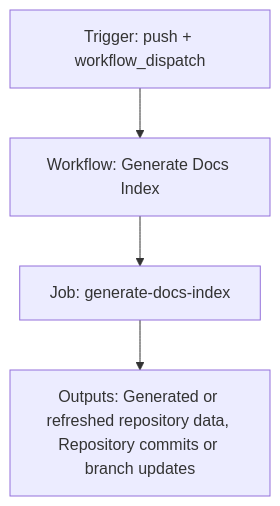
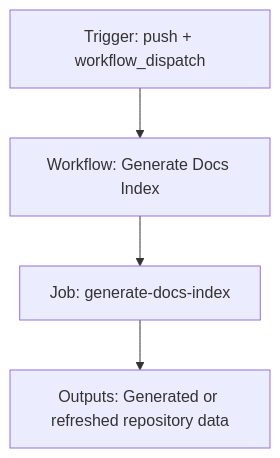
One commit to its-DeFine/docs changed the diagram in ai-tools/registry/workflows/generate-docs-index.mdx. Above: the diagram before and after it, drawn with Mermaid. The commit also changed other lines of this file and 74 other files, not shown here.

````diff
--- a/ai-tools/registry/workflows/generate-docs-index.mdx
+++ b/ai-tools/registry/workflows/generate-docs-index.mdx
@@ -96,10 +86,10 @@
 ```mermaid
 flowchart TD
   trigger["Trigger: push + workflow_dispatch"]
   workflow["Workflow: Generate Docs Index"]
   trigger --> workflow
   job1["Job: generate-docs-index"]
   workflow --> job1
-  outputs["Outputs: Generated or refreshed repository data, Repository commits or branch updates"]
+  outputs["Outputs: Generated or refreshed repository data"]
   job1 --> outputs
 ```
````
